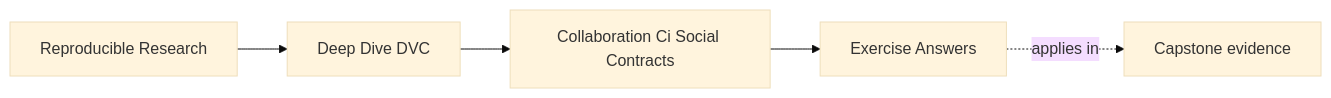
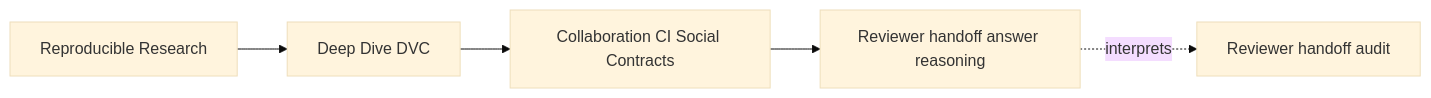
One commit to bijux/bijux-masterclass changed the first of 3 diagrams in programs/reproducible-research/deep-dive-dvc/course-book/module-07-collaboration-ci-social-contracts/exercise-answers.md. Above: the diagram before and after it, drawn with Mermaid (base theme). The commit also changed other lines of this file, not shown here.

Commit message:
docs(dvc): teach reviewer handoff answer reasoning

````diff
--- a/programs/reproducible-research/deep-dive-dvc/course-book/module-07-collaboration-ci-social-contracts/exercise-answers.md
+++ b/programs/reproducible-research/deep-dive-dvc/course-book/module-07-collaboration-ci-social-contracts/exercise-answers.md
@@ -7,11 +6,11 @@
 ```mermaid
 graph LR
   family["Reproducible Research"]
   program["Deep Dive DVC"]
-  section["Collaboration Ci Social Contracts"]
-  page["Exercise Answers"]
-  capstone["Capstone evidence"]
+  section["Collaboration CI Social Contracts"]
+  page["Reviewer handoff answer reasoning"]
+  capstone["Reviewer handoff audit"]
 
   family --> program --> section --> page
-  page -.applies in.-> capstone
+  page -.interprets.-> capstone
 ```
````
